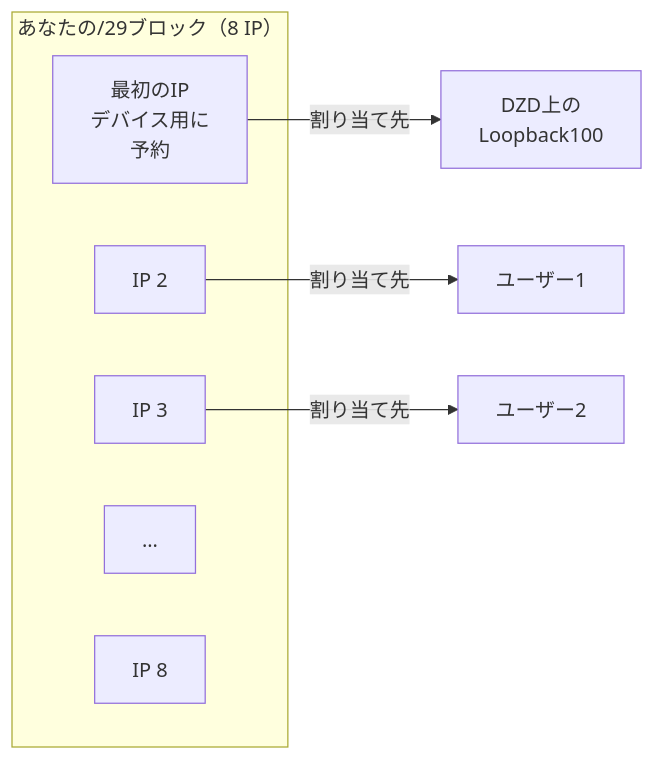
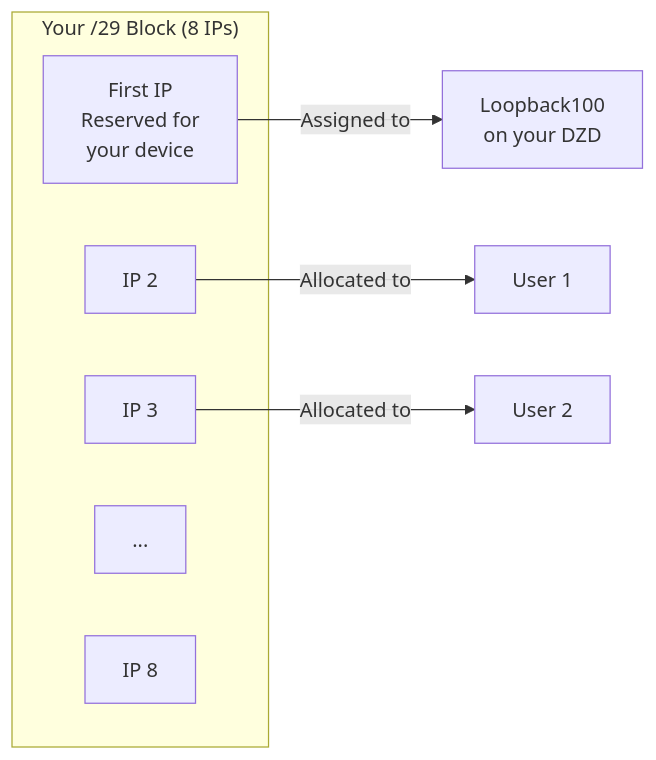
The second of 13 diagrams in docs/contribute-provisioning.ja.md (malbeclabs/docs), drawn with Mermaid before and after one commit. The commit also changed other lines of this file and 160 other files, not shown here.

````diff
--- a/docs/contribute-provisioning.ja.md
+++ b/docs/contribute-provisioning.ja.md
@@ -82,14 +122,14 @@
 ```mermaid
 flowchart LR
-    subgraph "あなたの/29ブロック（8 IP）"
-        IP1["最初のIP<br/>デバイス用に<br/>予約"]
+    subgraph "Your /29 Block (8 IPs)"
+        IP1["First IP<br/>Reserved for<br/>your device"]
         IP2["IP 2"]
         IP3["IP 3"]
         IP4["..."]
         IP8["IP 8"]
     end
 
-    IP1 -->|割り当て先| LO[DZD上の<br/>Loopback100]
-    IP2 -->|割り当て先| U1[ユーザー1]
-    IP3 -->|割り当て先| U2[ユーザー2]
+    IP1 -->|Assigned to| LO[Loopback100<br/>on your DZD]
+    IP2 -->|Allocated to| U1[User 1]
+    IP3 -->|Allocated to| U2[User 2]
 ```
````
